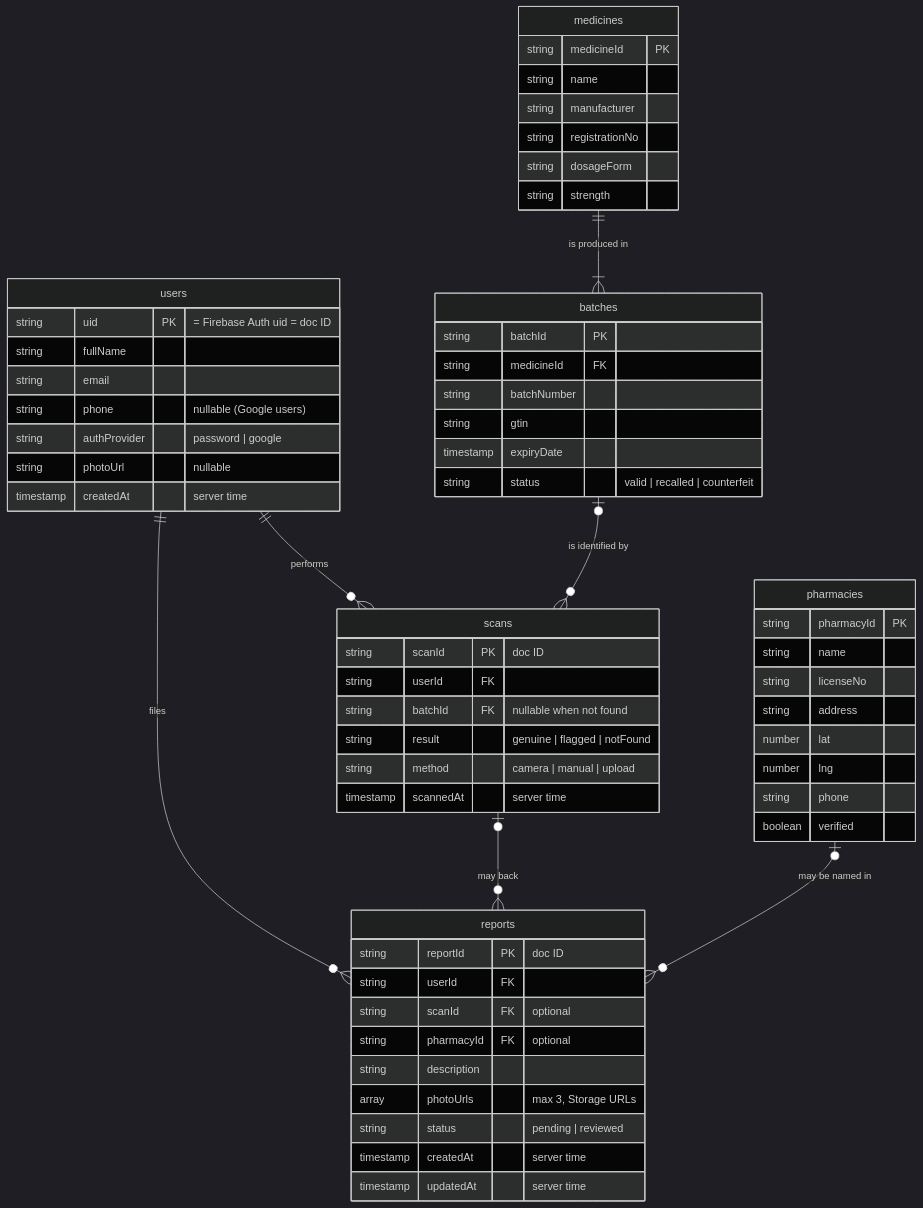
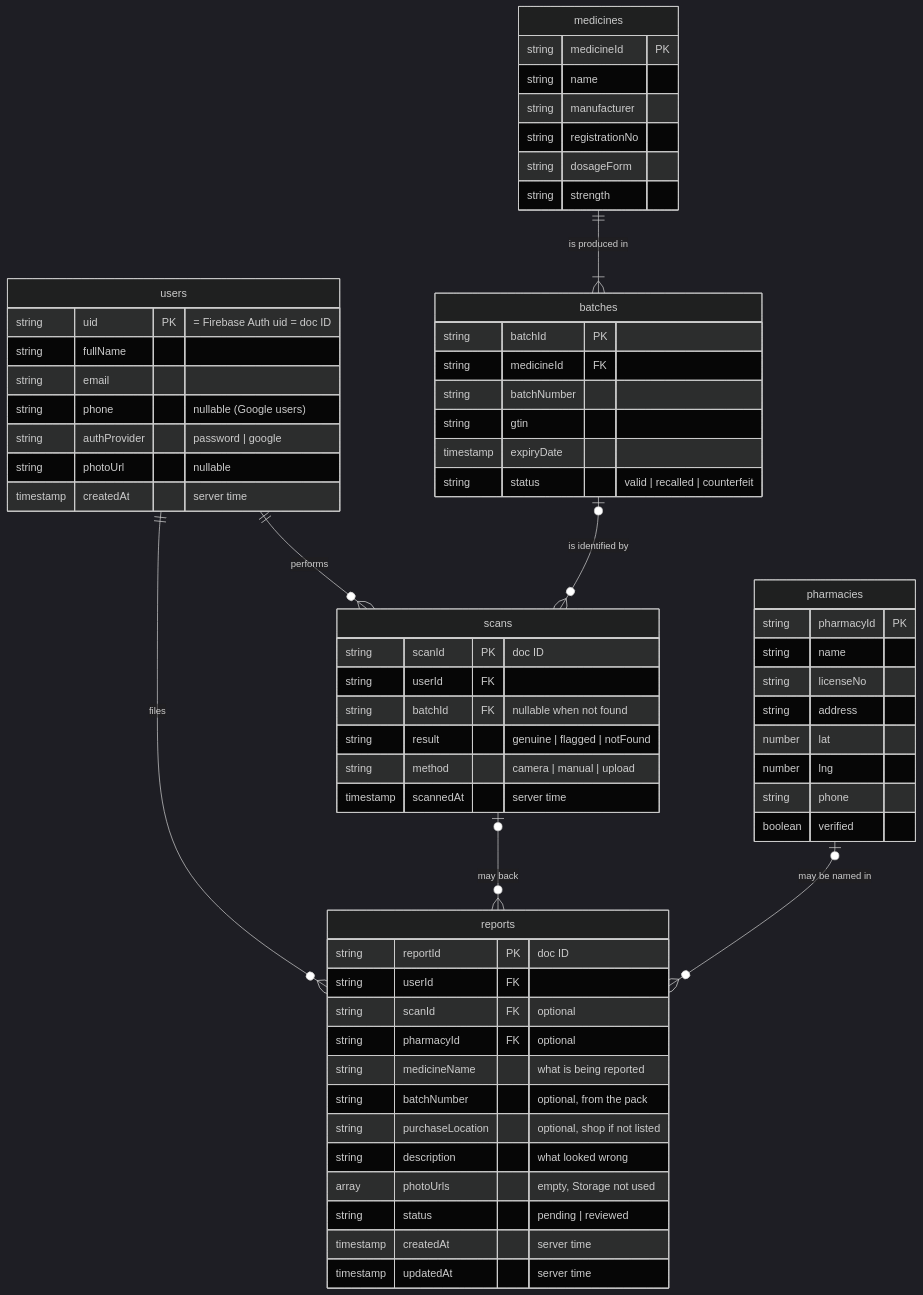
The diagram in hakikisha_summative/docs/database.md (G-Njunge/Group_7_mobile_dev_summative), drawn with Mermaid (dark theme) before and after one commit. The commit also changed other lines of this file and 3 other files, not shown here.

Commit message:
feat(firebase): allow medicine name, batch and place of purchase on reports

````diff
--- a/hakikisha_summative/docs/database.md
+++ b/hakikisha_summative/docs/database.md
@@ -10,64 +10,67 @@
 ```mermaid
 erDiagram
     users ||--o{ scans : "performs"
     users ||--o{ reports : "files"
     medicines ||--|{ batches : "is produced in"
     batches |o--o{ scans : "is identified by"
     scans |o--o{ reports : "may back"
     pharmacies |o--o{ reports : "may be named in"
 
     users {
         string uid PK "= Firebase Auth uid = doc ID"
         string fullName
         string email
         string phone "nullable (Google users)"
         string authProvider "password | google"
         string photoUrl "nullable"
         timestamp createdAt "server time"
     }
     medicines {
         string medicineId PK
         string name
         string manufacturer
         string registrationNo
         string dosageForm
         string strength
     }
     batches {
         string batchId PK
         string medicineId FK
         string batchNumber
         string gtin
         timestamp expiryDate
         string status "valid | recalled | counterfeit"
     }
     scans {
         string scanId PK "doc ID"
         string userId FK
         string batchId FK "nullable when not found"
         string result "genuine | flagged | notFound"
         string method "camera | manual | upload"
         timestamp scannedAt "server time"
     }
     reports {
         string reportId PK "doc ID"
         string userId FK
         string scanId FK "optional"
         string pharmacyId FK "optional"
-        string description
-        array photoUrls "max 3, Storage URLs"
+        string medicineName "what is being reported"
+        string batchNumber "optional, from the pack"
+        string purchaseLocation "optional, shop if not listed"
+        string description "what looked wrong"
+        array photoUrls "empty, Storage not used"
         string status "pending | reviewed"
         timestamp createdAt "server time"
         timestamp updatedAt "server time"
     }
     pharmacies {
         string pharmacyId PK
         string name
         string licenseNo
         string address
         number lat
         number lng
         string phone
         boolean verified
     }
 ```
````
